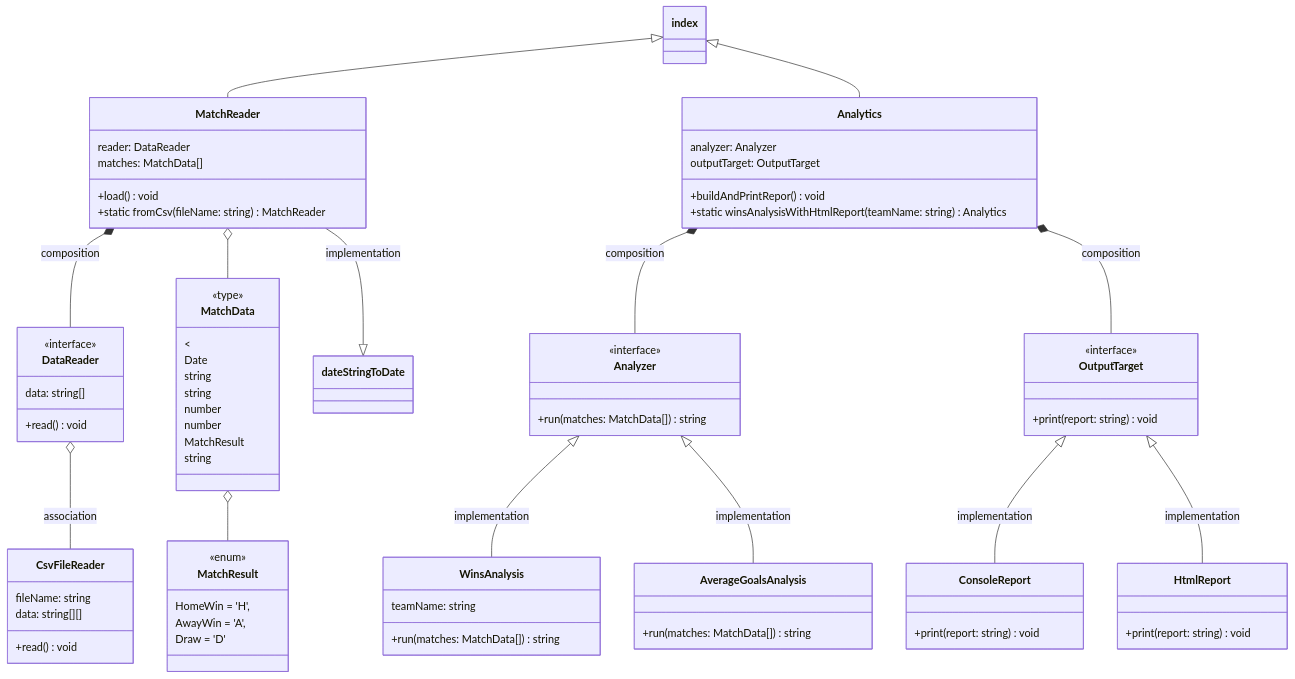
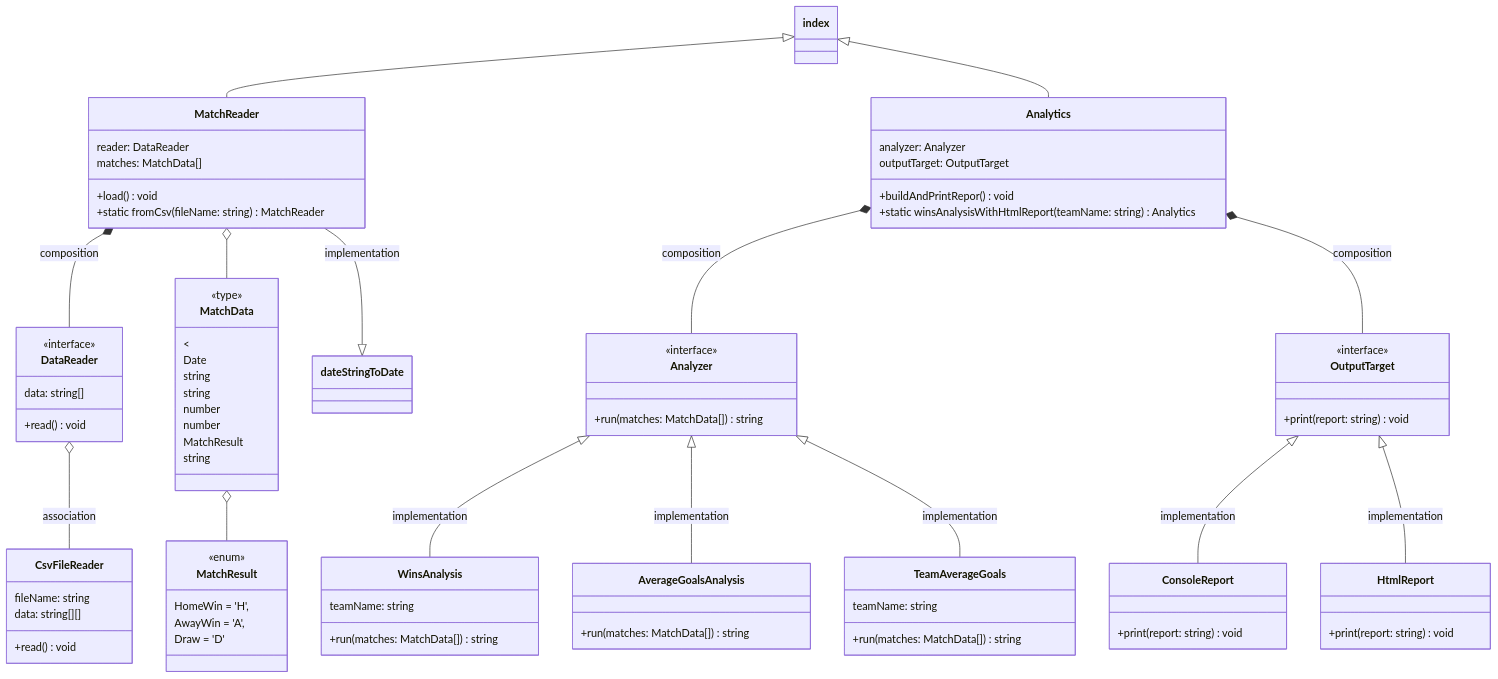
Before and after one commit to frzhen/pure-Typescript: the first of 2 diagrams in README.md, drawn with Mermaid. The commit also changed other lines of this file and 1 other file, not shown here.

Commit message:
Added TeamAverageGoals to ERD in README.md

````diff
--- a/README.md
+++ b/README.md
@@ -15,77 +15,82 @@
 ```mermaid
    classDiagram
    index <|-- MatchReader
    index <|-- Analytics
    class MatchReader{
    reader: DataReader 
    matches: MatchData[] 
    +load() void
    +static fromCsv(fileName: string) MatchReader
    }
    MatchReader *-- DataReader: composition
    class DataReader{
    <<interface>> 
    data: string[]
    +read() void
    }
    DataReader o-- CsvFileReader: association
    class CsvFileReader{
    fileName: string
    data: string[][]
    +read() void
    }
    MatchReader o-- MatchData
    class MatchResult{
    <<enum>> 
    HomeWin = 'H',
    AwayWin = 'A',
    Draw = 'D'
    }
    class MatchData{
    <<type>>
    <<tuple>
    Date
    string
    string
    number
    number
    MatchResult
    string
    }
    MatchData o-- MatchResult
    
    class Analytics{
    analyzer: Analyzer
    outputTarget: OutputTarget
    +buildAndPrintRepor() void
    +static winsAnalysisWithHtmlReport( teamName: string) Analytics
    }
    Analytics *--Analyzer: composition
    Analytics *--OutputTarget: composition
    class Analyzer{
    <<interface>>
    +run(matches: MatchData[]) string
    }
    class OutputTarget{
    <<interface>>
    +print(report: string) void
    }
    class WinsAnalysis{
    teamName: string
    +run(matches: MatchData[]) string
    }
    Analyzer <|--WinsAnalysis: implementation
    class AverageGoalsAnalysis{
    +run(matches: MatchData[]) string
    }
    Analyzer <|--AverageGoalsAnalysis: implementation
+   class TeamAverageGoals{
+   teamName: string
+   +run(matches: MatchData[]) string
+   }
+   Analyzer <|--TeamAverageGoals: implementation
    class ConsoleReport{
    +print(report: string) void
    }
    OutputTarget <|-- ConsoleReport: implementation
    MatchReader --|> dateStringToDate: implementation
    class HtmlReport{
    +print(report: string) void
    }
    OutputTarget <|-- HtmlReport: implementation
 ```
````
